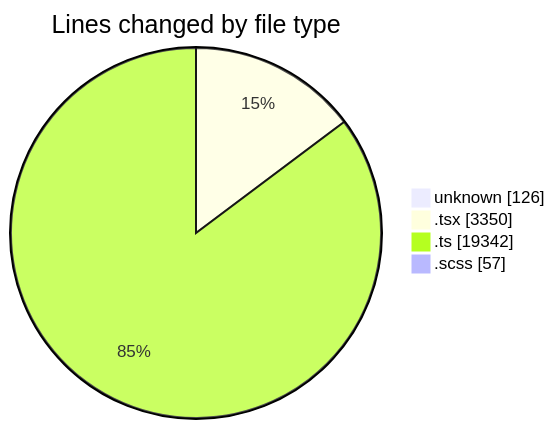
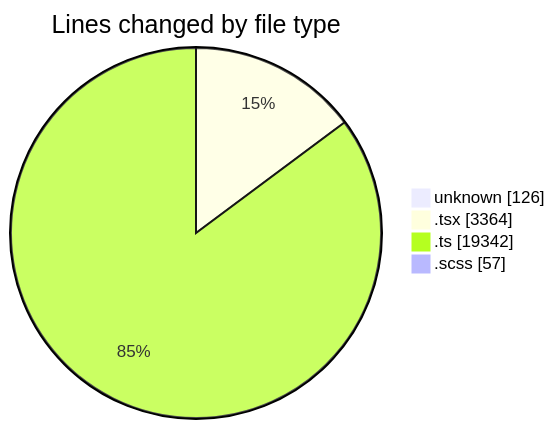
One commit to momahboobian/code-tracking changed the first of 2 diagrams in 2026-09-23/cda/README.md. Above: the diagram before and after it, drawn with Mermaid. The commit also changed other lines of this file and 1 other file, not shown here.

````diff
--- a/2026-09-23/cda/README.md
+++ b/2026-09-23/cda/README.md
@@ -38,8 +38,8 @@
 ```mermaid
 pie showData
 title Lines changed by file type
 "unknown" : 126
-".tsx" : 3350
+".tsx" : 3364
 ".ts" : 19342
 ".scss" : 57
 ```
````
